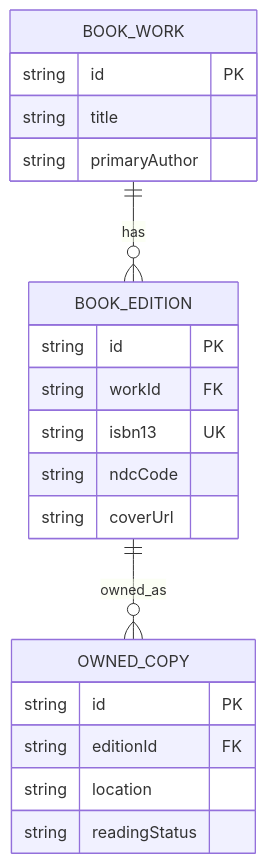
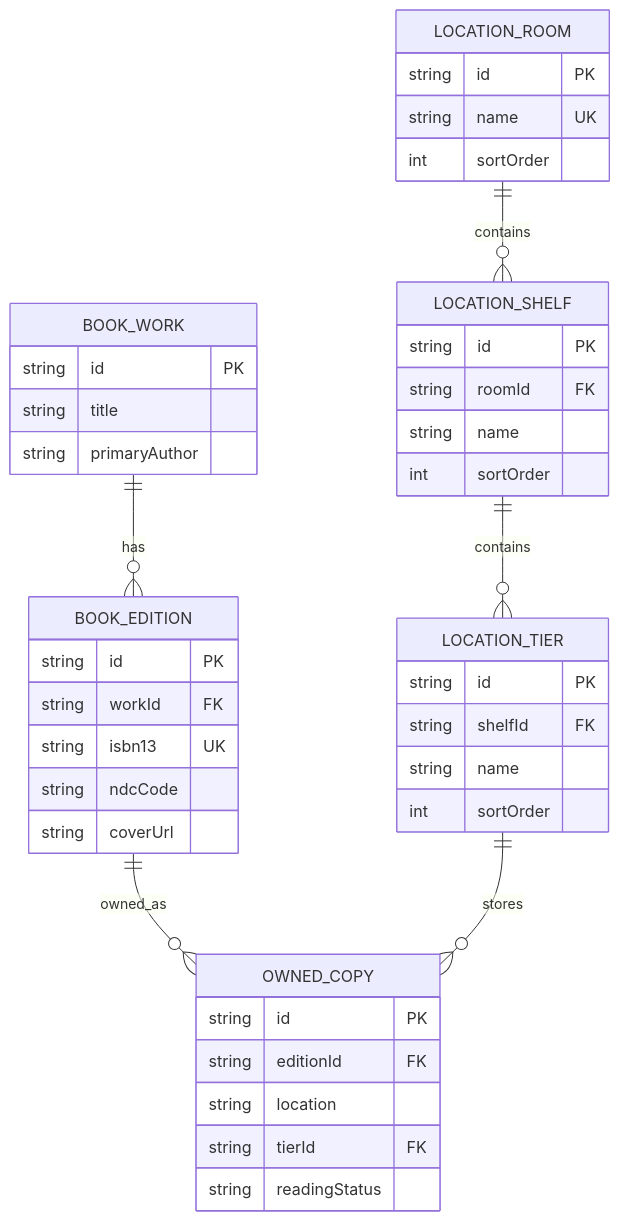
The third of 3 diagrams in docs/ARCHITECTURE.md (akaitigo/ndc-shelf-android), drawn with Mermaid before and after one commit. The commit also changed other lines of this file and 30 other files, not shown here.

````diff
--- a/docs/ARCHITECTURE.md
+++ b/docs/ARCHITECTURE.md
@@ -78,23 +78,44 @@
 ```mermaid
 erDiagram
     BOOK_WORK ||--o{ BOOK_EDITION : has
     BOOK_EDITION ||--o{ OWNED_COPY : owned_as
+    LOCATION_ROOM ||--o{ LOCATION_SHELF : contains
+    LOCATION_SHELF ||--o{ LOCATION_TIER : contains
+    LOCATION_TIER ||--o{ OWNED_COPY : stores
     BOOK_WORK {
         string id PK
         string title
         string primaryAuthor
     }
     BOOK_EDITION {
         string id PK
         string workId FK
         string isbn13 UK
         string ndcCode
         string coverUrl
     }
     OWNED_COPY {
         string id PK
         string editionId FK
         string location
+        string tierId FK
         string readingStatus
     }
+    LOCATION_ROOM {
+        string id PK
+        string name UK
+        int sortOrder
+    }
+    LOCATION_SHELF {
+        string id PK
+        string roomId FK
+        string name
+        int sortOrder
+    }
+    LOCATION_TIER {
+        string id PK
+        string shelfId FK
+        string name
+        int sortOrder
+    }
 ```
````
